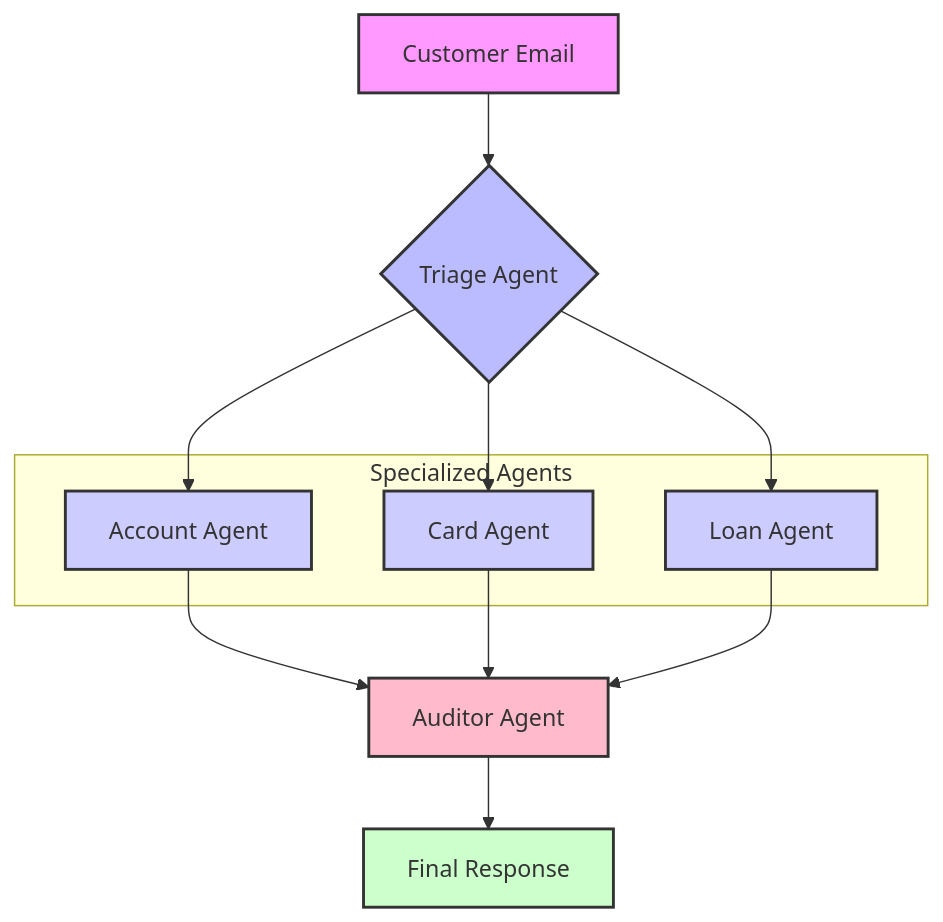
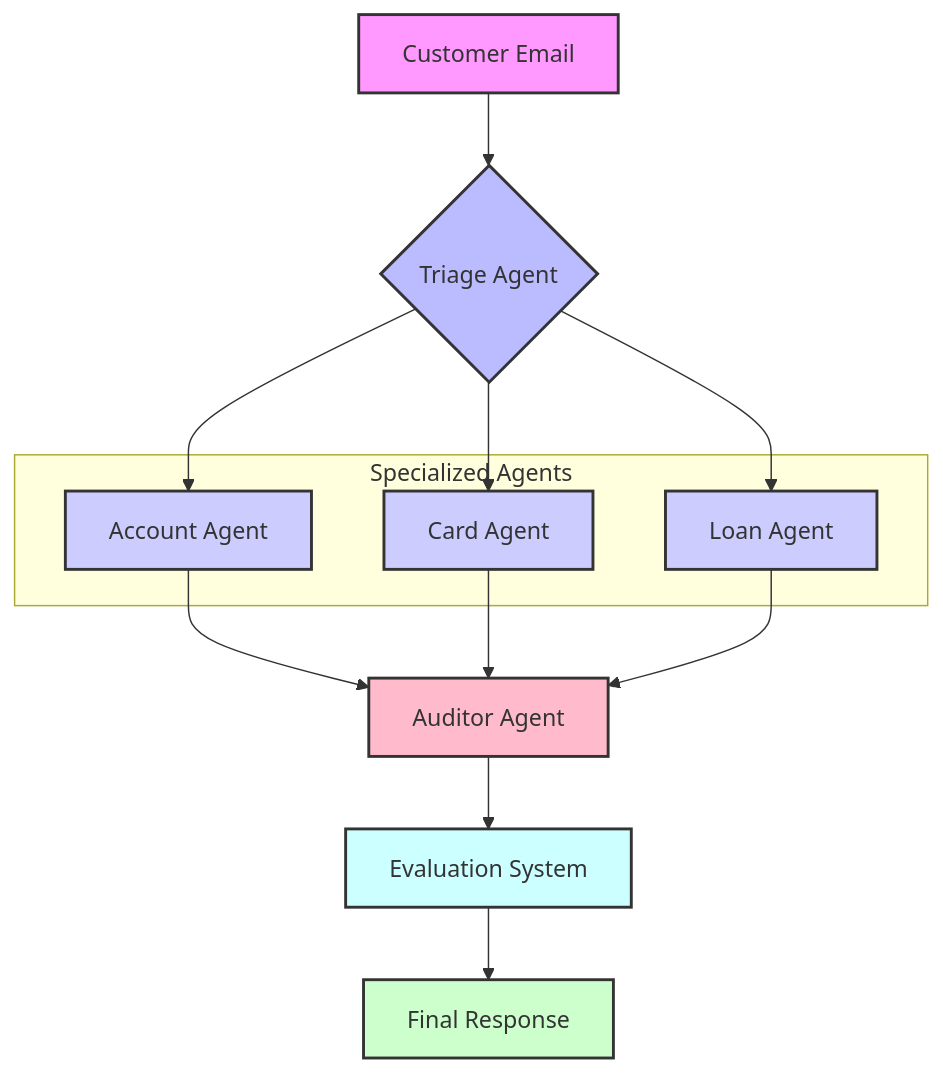
The diagram in README.md (sagar-grv/Kaggle_agents_capstone), drawn with Mermaid before and after one commit. The commit also changed other lines of this file, not shown here.

````diff
--- a/README.md
+++ b/README.md
@@ -104,28 +154,30 @@
 ```mermaid
 graph TD
     A[Customer Email] --> B{Triage Agent};
 
     B --> C[Account Agent]
     B --> D[Card Agent]
     B --> E[Loan Agent]
 
     C --> F[Auditor Agent]
     D --> F
     E --> F
 
-    F --> G[Final Response]
+    F --> G[Evaluation System]
+    G --> H[Final Response]
 
     subgraph Specialized Agents
         C
         D
         E
     end
 
     style A fill:#f9f,stroke:#333,stroke-width:2px
     style B fill:#bbf,stroke:#333,stroke-width:2px
     style C fill:#ccf,stroke:#333,stroke-width:2px
     style D fill:#ccf,stroke:#333,stroke-width:2px
     style E fill:#ccf,stroke:#333,stroke-width:2px
     style F fill:#fbc,stroke:#333,stroke-width:2px
-    style G fill:#cfc,stroke:#333,stroke-width:2px
+    style G fill:#cff,stroke:#333,stroke-width:2px
+    style H fill:#cfc,stroke:#333,stroke-width:2px
 ```
````
